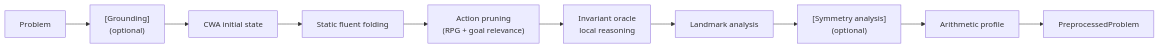
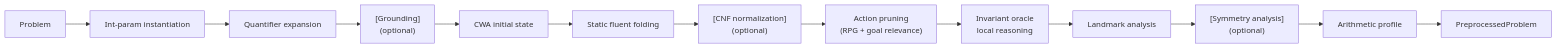
One commit to pyPMT/RanTanPlan changed the first of 3 diagrams in developer-docs/preprocessing-and-strategy.md. Above: the diagram before and after it, drawn with Mermaid. The commit also changed other lines of this file and 5 other files, not shown here.

````diff
--- a/developer-docs/preprocessing-and-strategy.md
+++ b/developer-docs/preprocessing-and-strategy.md
@@ -43,12 +43,15 @@
 ```mermaid
 flowchart LR
-    P[Problem] --> A["[Grounding]<br/>(optional)"]
+    P[Problem] --> IP[Int-param instantiation]
+    IP --> QE[Quantifier expansion]
+    QE --> A["[Grounding]<br/>(optional)"]
     A --> B[CWA initial state]
     B --> C[Static fluent folding]
-    C --> D["Action pruning<br/>(RPG + goal relevance)"]
+    C --> CN["[CNF normalization]<br/>(optional)"]
+    CN --> D["Action pruning<br/>(RPG + goal relevance)"]
     D --> E[Invariant oracle<br/>local reasoning]
     E --> L[Landmark analysis]
     L --> F["[Symmetry analysis]<br/>(optional)"]
     F --> G[Arithmetic profile]
     G --> PP[PreprocessedProblem]
 ```
````
